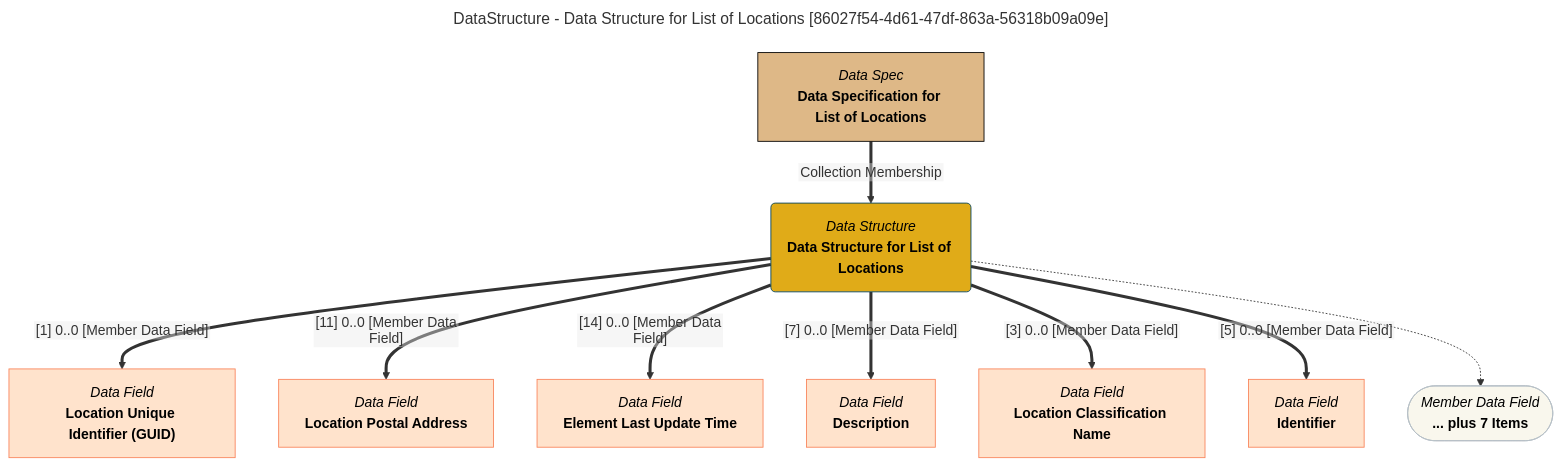
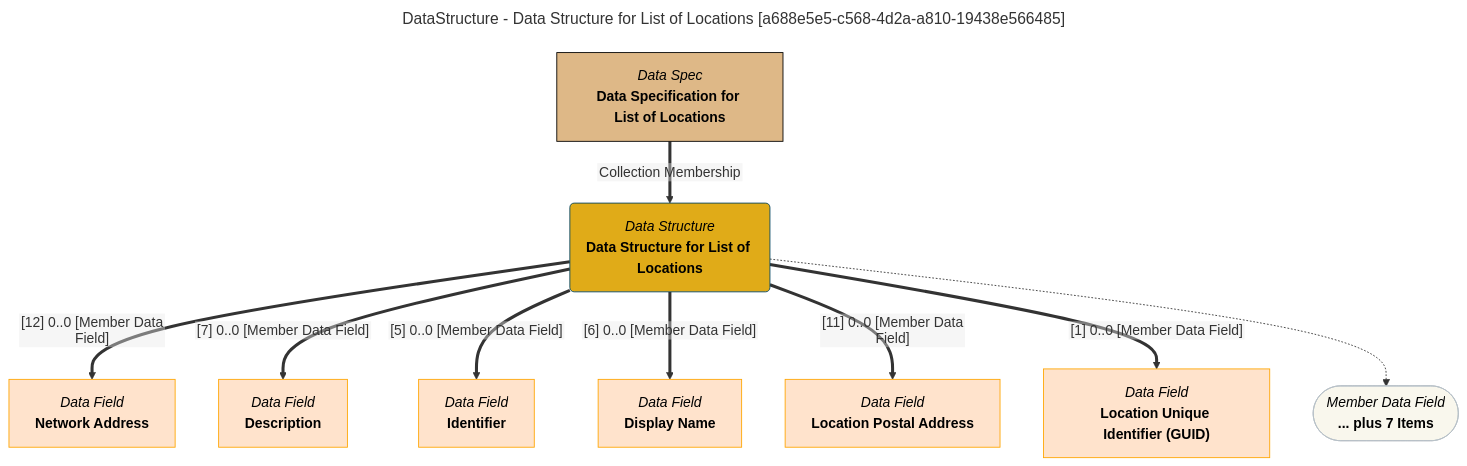
The diagram in site/snippets/data-structures/data-structure-for-list-of-locations-mermaid-graph.md (odpi/egeria-docs), drawn with Mermaid before and after one commit. The commit also changed 2201 other files, not shown here.

````diff
--- a/site/snippets/data-structures/data-structure-for-list-of-locations-mermaid-graph.md
+++ b/site/snippets/data-structures/data-structure-for-list-of-locations-mermaid-graph.md
@@ -1,43 +1,43 @@
 ```mermaid
 ---
-title: DataStructure - Data Structure for List of Locations [86027f54-4d61-47df-863a-56318b09a09e]
+title: DataStructure - Data Structure for List of Locations [a688e5e5-c568-4d2a-a810-19438e566485]
 ---
 flowchart TD
 %%{init: {"flowchart": {"htmlLabels": false}} }%%
 
 1@{ shape: rounded, label: "*Data Structure*
 **Data Structure for List of Locations**"}
 2@{ shape: rect, label: "*Data Spec*
 **Data Specification for List of Locations**"}
 2==>|"Collection Membership"|1
 3@{ shape: rect, label: "*Data Field*
+**Network Address**"}
+1==>|"[12] 0..0 [Member Data Field]"|3
+4@{ shape: rect, label: "*Data Field*
+**Description**"}
+1==>|"[7] 0..0 [Member Data Field]"|4
+5@{ shape: rect, label: "*Data Field*
+**Identifier**"}
+1==>|"[5] 0..0 [Member Data Field]"|5
+6@{ shape: rect, label: "*Data Field*
+**Display Name**"}
+1==>|"[6] 0..0 [Member Data Field]"|6
+7@{ shape: rect, label: "*Data Field*
+**Location Postal Address**"}
+1==>|"[11] 0..0 [Member Data Field]"|7
+8@{ shape: rect, label: "*Data Field*
 **Location Unique Identifier (GUID)**"}
-1==>|"[1] 0..0 [Member Data Field]"|3
-4@{ shape: rect, label: "*Data Field*
-**Location Postal Address**"}
-1==>|"[11] 0..0 [Member Data Field]"|4
-5@{ shape: rect, label: "*Data Field*
-**Element Last Update Time**"}
-1==>|"[14] 0..0 [Member Data Field]"|5
-6@{ shape: rect, label: "*Data Field*
-**Description**"}
-1==>|"[7] 0..0 [Member Data Field]"|6
-7@{ shape: rect, label: "*Data Field*
-**Location Classification Name**"}
-1==>|"[3] 0..0 [Member Data Field]"|7
-8@{ shape: rect, label: "*Data Field*
-**Identifier**"}
-1==>|"[5] 0..0 [Member Data Field]"|8
+1==>|"[1] 0..0 [Member Data Field]"|8
 9@{ shape: stadium, label: "*Member Data Field*
 **... plus 7 Items**"}
 1-.->9
 style 1 color:#000000, fill:#e0ab18, stroke:#004563
-style 2 color:#000000, fill:#deb887, stroke:#000000
-style 3 color:#000000, fill:#ffe3cc, stroke:#f9845b
-style 4 color:#000000, fill:#ffe3cc, stroke:#f9845b
-style 5 color:#000000, fill:#ffe3cc, stroke:#f9845b
-style 6 color:#000000, fill:#ffe3cc, stroke:#f9845b
-style 7 color:#000000, fill:#ffe3cc, stroke:#f9845b
-style 8 color:#000000, fill:#ffe3cc, stroke:#f9845b
+style 2 color:#000000, fill:#DEB887, stroke:#000000
+style 3 color:#000000, fill:#ffe3cc, stroke:#FFA500
+style 4 color:#000000, fill:#ffe3cc, stroke:#FFA500
+style 5 color:#000000, fill:#ffe3cc, stroke:#FFA500
+style 6 color:#000000, fill:#ffe3cc, stroke:#FFA500
+style 7 color:#000000, fill:#ffe3cc, stroke:#FFA500
+style 8 color:#000000, fill:#ffe3cc, stroke:#FFA500
 style 9 color:#000000, fill:#F9F7ED, stroke:#b7c0c7
 ```
````
